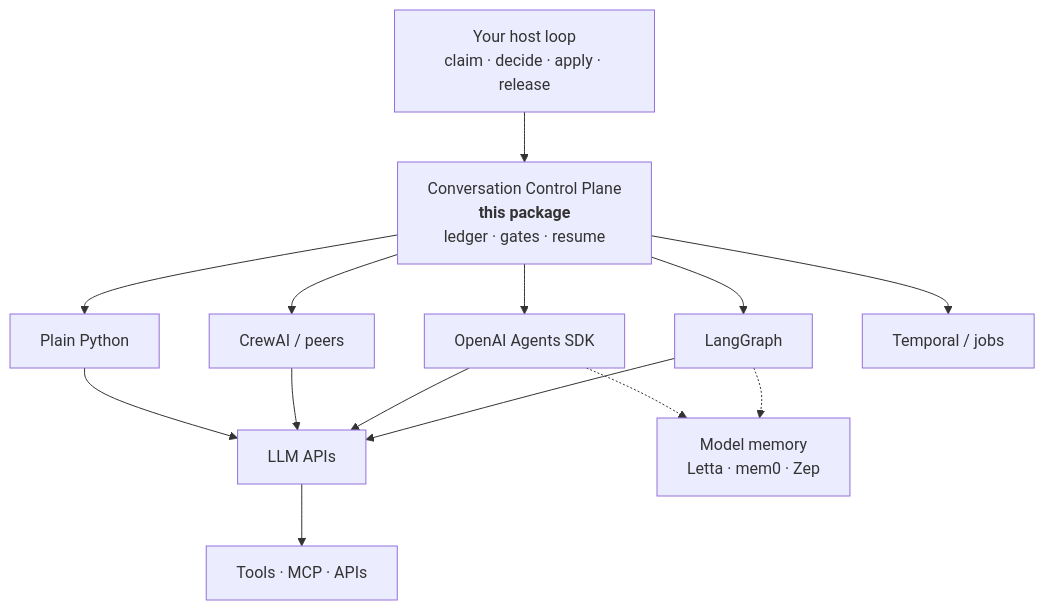
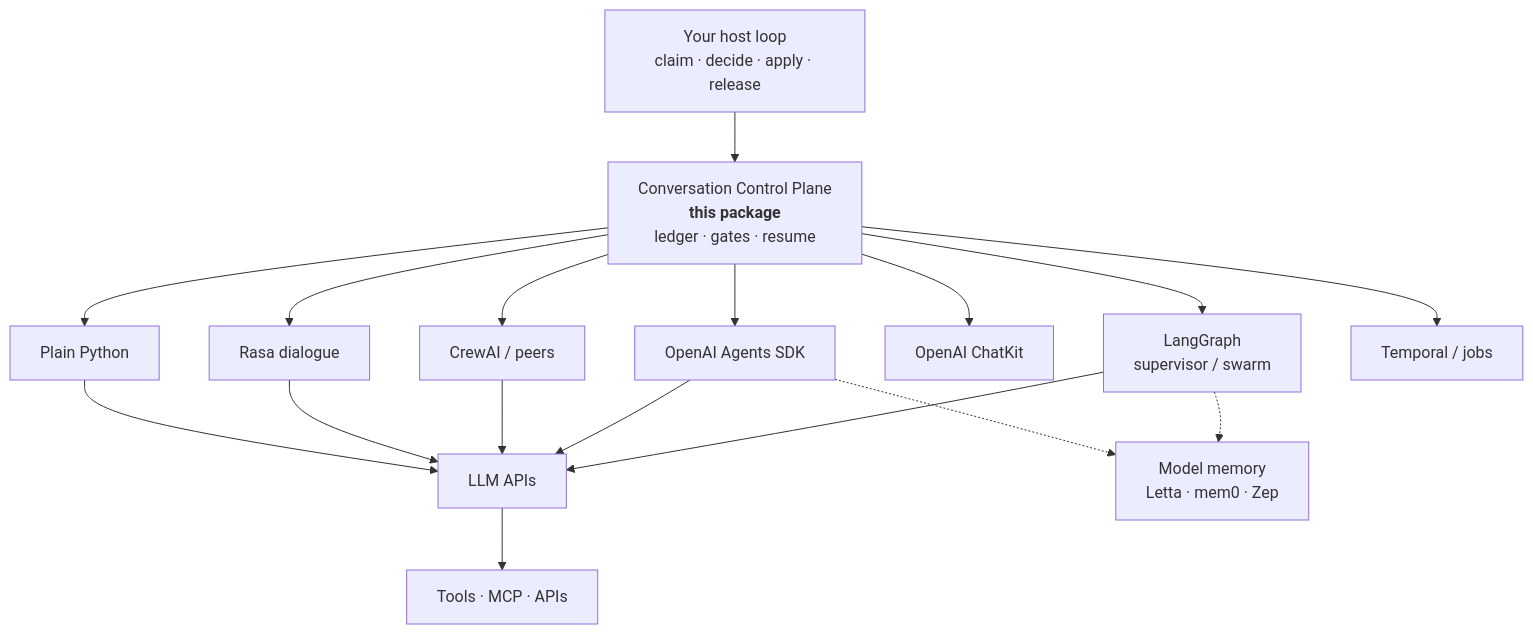
One commit to walidnegm/conversation-control-plane changed the diagram in README.md. Above: the diagram before and after it, drawn with Mermaid. The commit also changed other lines of this file, not shown here.

First line of the commit message:
docs(readme): credit multi-agent orchestration; add Rasa and ChatKit

````diff
--- a/README.md
+++ b/README.md
@@ -80,18 +93,21 @@
 ```mermaid
 flowchart TB
   HOST["Your host loop<br/>claim · decide · apply · release"]
   CCP["Conversation Control Plane<br/><b>this package</b><br/>ledger · gates · resume"]
   HOST --> CCP
-  CCP --> LG["LangGraph"]
+  CCP --> LG["LangGraph<br/>supervisor / swarm"]
   CCP --> OAI["OpenAI Agents SDK"]
   CCP --> CREW["CrewAI / peers"]
+  CCP --> RASA["Rasa dialogue"]
+  CCP --> CK["OpenAI ChatKit"]
   CCP --> PY["Plain Python"]
   CCP --> TMP["Temporal / jobs"]
   LG --> LLM["LLM APIs"]
   OAI --> LLM
   CREW --> LLM
+  RASA --> LLM
   PY --> LLM
   LLM --> TOOL["Tools · MCP · APIs"]
   LG -.-> MEM["Model memory<br/>Letta · mem0 · Zep"]
   OAI -.-> MEM
 ```
````
